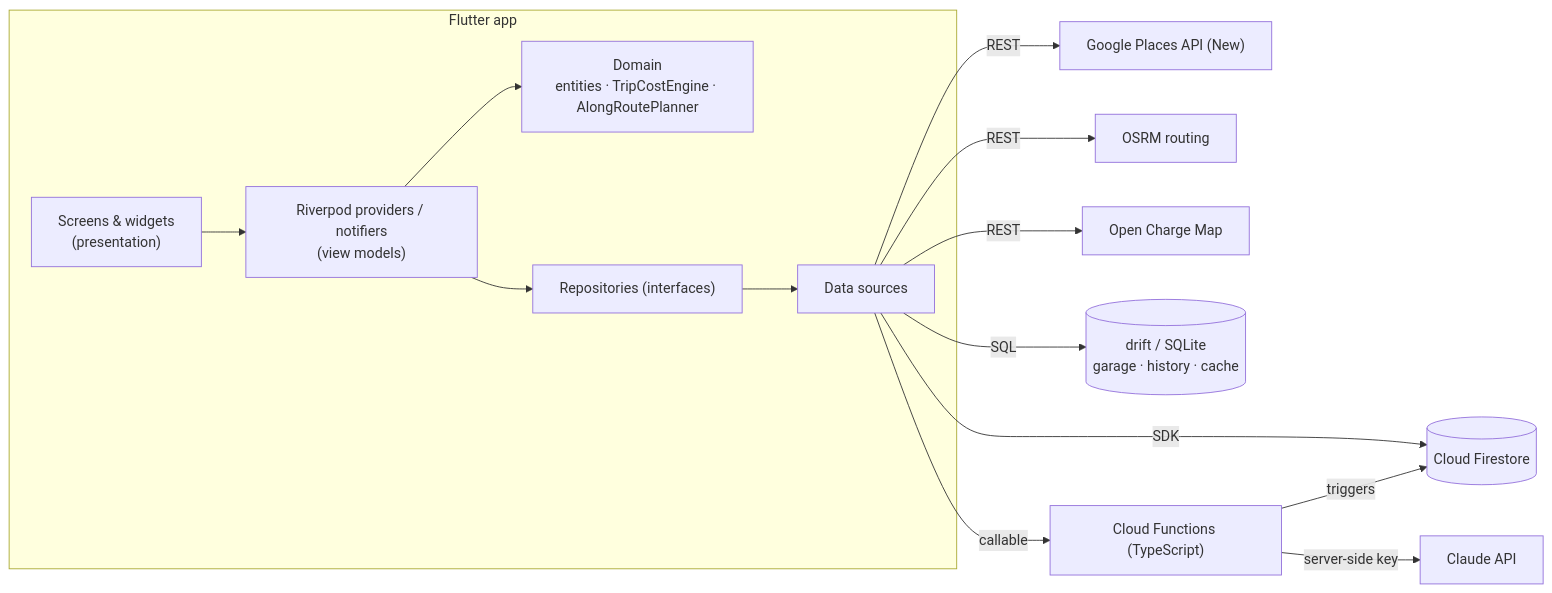
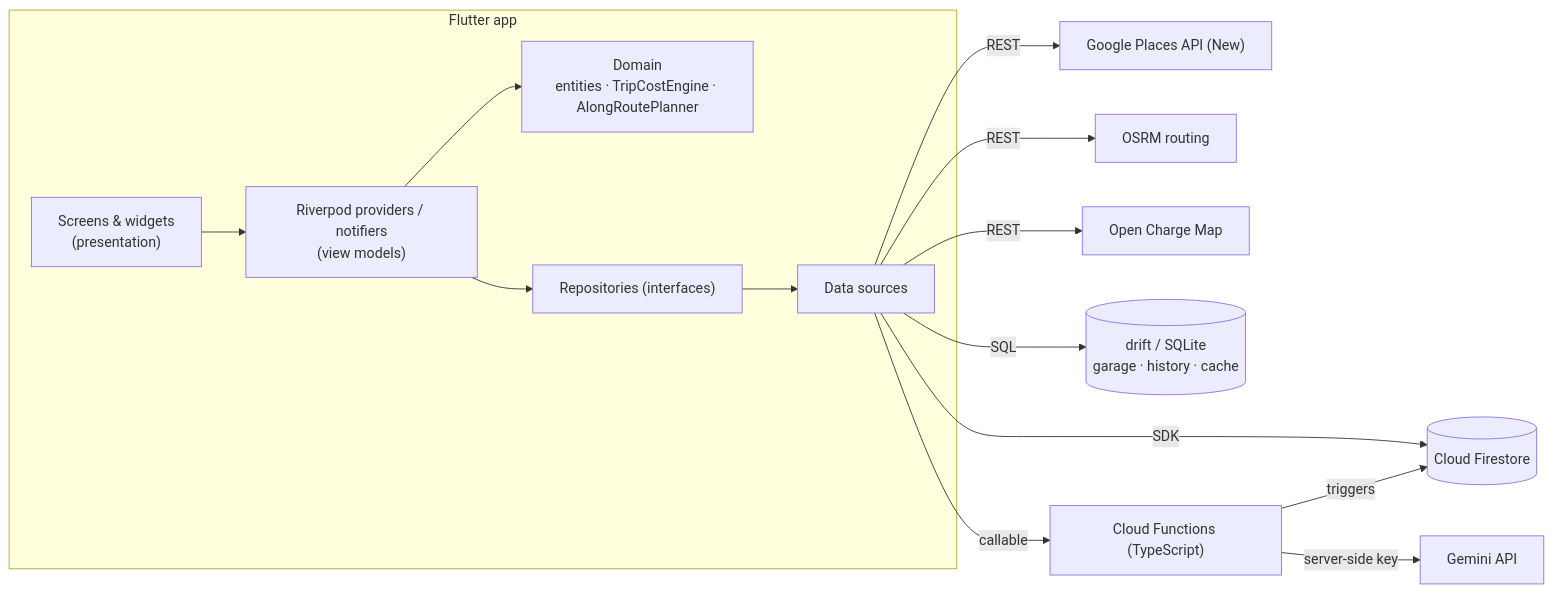
The diagram in README.md (ZubayeerAlam/gas-Station-Finder-), drawn with Mermaid before and after one commit. The commit also changed other lines of this file and 19 other files, not shown here.

First line of the commit message:
feat(assistant): Gemini API (free tier) as the default AI provider

````diff
--- a/README.md
+++ b/README.md
@@ -34,17 +34,17 @@
 ```mermaid
 flowchart LR
   subgraph App["Flutter app"]
     UI["Screens & widgets<br/>(presentation)"] --> VM["Riverpod providers / notifiers<br/>(view models)"]
     VM --> D["Domain<br/>entities · TripCostEngine · AlongRoutePlanner"]
     VM --> R["Repositories (interfaces)"]
     R --> DATA["Data sources"]
   end
   DATA -->|REST| PLACES["Google Places API (New)"]
   DATA -->|REST| OSRM["OSRM routing"]
   DATA -->|REST| OCM["Open Charge Map"]
   DATA -->|SQL| DRIFT[("drift / SQLite<br/>garage · history · cache")]
   DATA -->|SDK| FS[("Cloud Firestore")]
   DATA -->|callable| FN["Cloud Functions (TypeScript)"]
   FN -->|triggers| FS
-  FN -->|server-side key| CLAUDE["Claude API"]
+  FN -->|server-side key| CLAUDE["Gemini API"]
 ```
````
